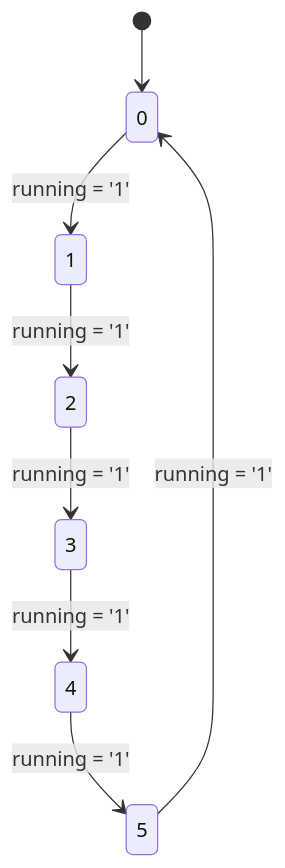
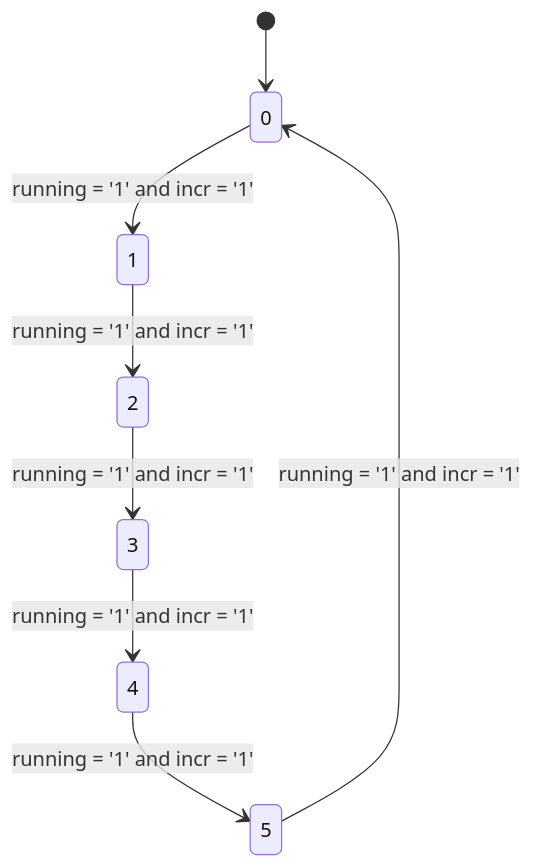
The diagram in docs/knight_rider.md (house-of-abbey/scratch_vhdl), drawn with Mermaid before and after one commit. The commit also changed 1 other file, not shown here.

Commit message:
More FSM docs

````diff
--- a/docs/knight_rider.md
+++ b/docs/knight_rider.md
@@ -23,10 +23,10 @@
 ```mermaid
 stateDiagram-v2
     [*] --> 0
-    0 --> 1 : running = '1'
-    1 --> 2 : running = '1'
-    2 --> 3 : running = '1'
-    3 --> 4 : running = '1'
-    4 --> 5 : running = '1'
-    5 --> 0 : running = '1'
+    0 --> 1 : running = '1' and incr = '1'
+    1 --> 2 : running = '1' and incr = '1'
+    2 --> 3 : running = '1' and incr = '1'
+    3 --> 4 : running = '1' and incr = '1'
+    4 --> 5 : running = '1' and incr = '1'
+    5 --> 0 : running = '1' and incr = '1'
 ```
````
